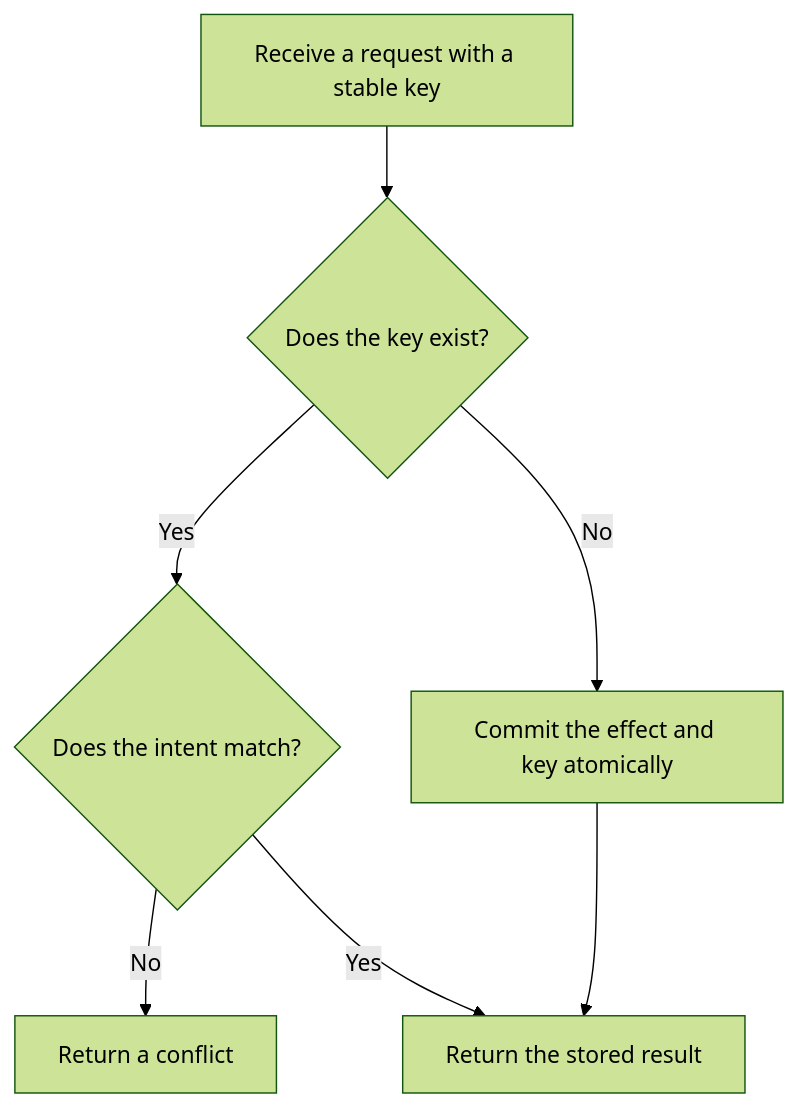
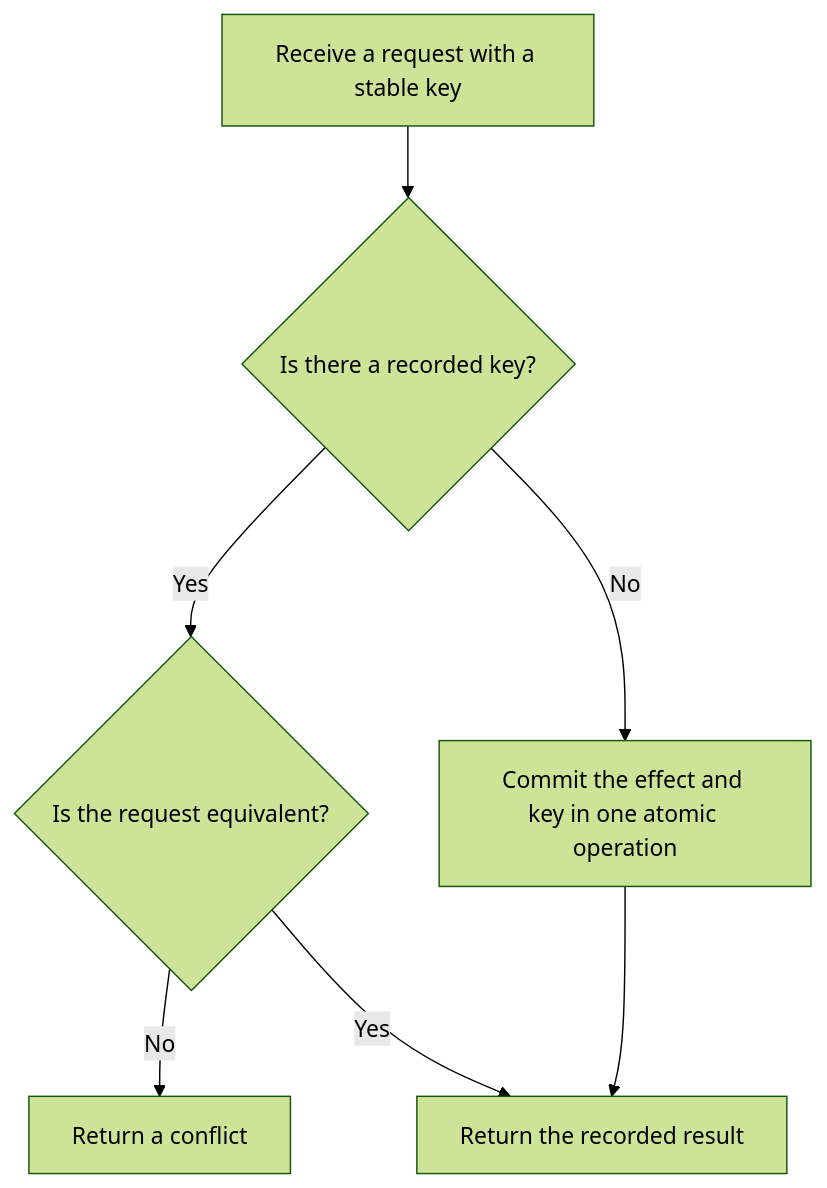
Before and after one commit to HomericIntelligence/Athena: the diagram in docs/principles/details/p037-idempotency-before-retry.md, drawn with Mermaid (forest theme). The commit also changed other lines of this file and 91 other files, not shown here.

````diff
--- a/docs/principles/details/p037-idempotency-before-retry.md
+++ b/docs/principles/details/p037-idempotency-before-retry.md
@@ -40,9 +41,9 @@
 ```mermaid
 flowchart TD
-    A["Receive a request with a stable key"] --> B{"Does the key exist?"}
-    B -- Yes --> C{"Does the intent match?"}
+    A["Receive a request with a stable key"] --> B{"Is there a recorded key?"}
+    B -- Yes --> C{"Is the request equivalent?"}
     C -- No --> D["Return a conflict"]
-    C -- Yes --> E["Return the stored result"]
-    B -- No --> F["Commit the effect and key atomically"]
+    C -- Yes --> E["Return the recorded result"]
+    B -- No --> F["Commit the effect and key in one atomic operation"]
     F --> E
 ```
````
